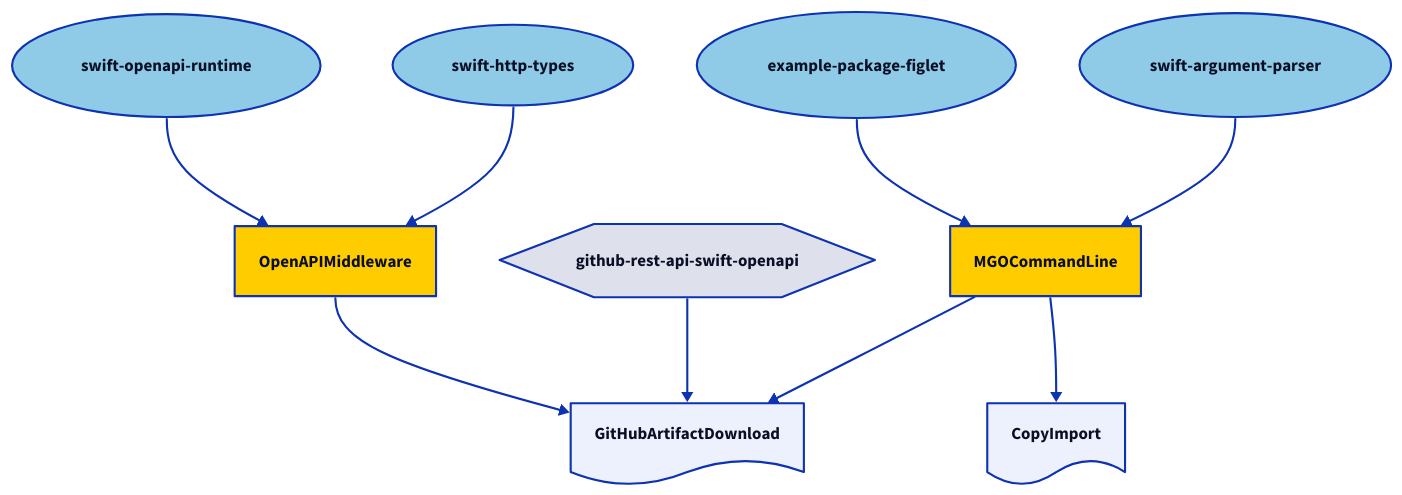
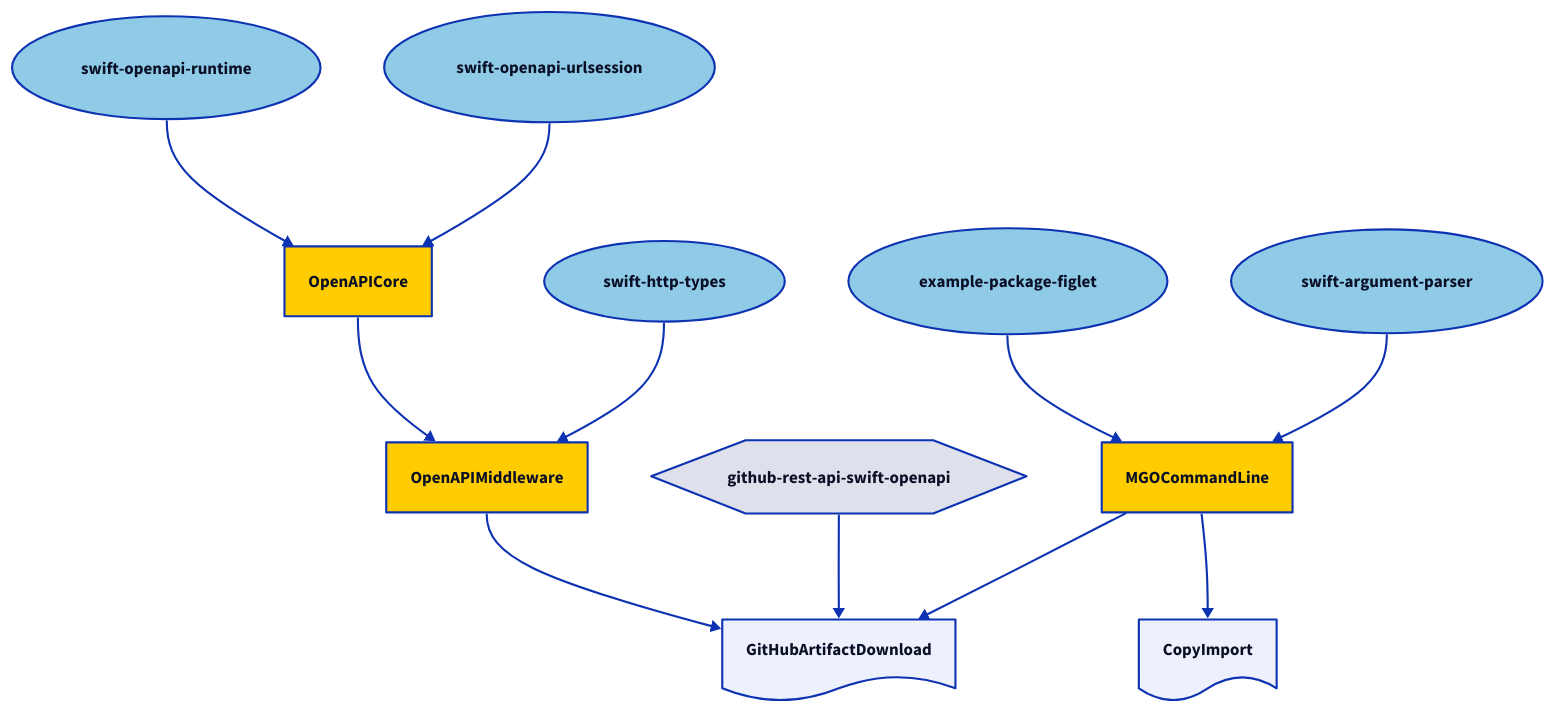
Before and after one commit to minvws/nl-mgo-app-ios: the diagram in Diagrams/scripts.d2, drawn with D2. The commit also changed 2 other files, not shown here.

Commit message:
docs: updated diagrams

```diff
--- a/Diagrams/scripts.d2
+++ b/Diagrams/scripts.d2
@@ -1,50 +1,58 @@
 direction: down
 
 # Apple
 example-package-figlet: {
   shape: oval
   style.fill: "#8FCAE7"
 }
 swift-argument-parser: {
   shape: oval
   style.fill: "#8FCAE7"
 }
 swift-openapi-runtime: {
+  shape: oval
+  style.fill: "#8FCAE7"
+}
+swift-openapi-urlsession: {
   shape: oval
   style.fill: "#8FCAE7"
 }
 swift-http-types: {
   shape: oval
   style.fill: "#8FCAE7"
 }
 
 # Third-Party
 
 github-rest-api-swift-openapi: {
   shape: hexagon
 }
 
 # The scripts
 
 CopyImport: {
   shape: document
 }
 GitHubArtifactDownload: {
   shape: document
 }
 
 CopyImport <- MGOCommandLine
 
 GitHubArtifactDownload <- OpenAPIMiddleware
 GitHubArtifactDownload <- github-rest-api-swift-openapi
 GitHubArtifactDownload <- MGOCommandLine
 
 # - Packages -
 
 MGOCommandLine { style.fill: "#ffcc00" }
 MGOCommandLine <- example-package-figlet
 MGOCommandLine <- swift-argument-parser
 
+OpenAPICore { style.fill: "#ffcc00" }
+OpenAPICore <- swift-openapi-runtime
+OpenAPICore <- swift-openapi-urlsession
+
 OpenAPIMiddleware { style.fill: "#ffcc00" }
-OpenAPIMiddleware <- swift-openapi-runtime
+OpenAPIMiddleware <- OpenAPICore
 OpenAPIMiddleware <- swift-http-types
```
